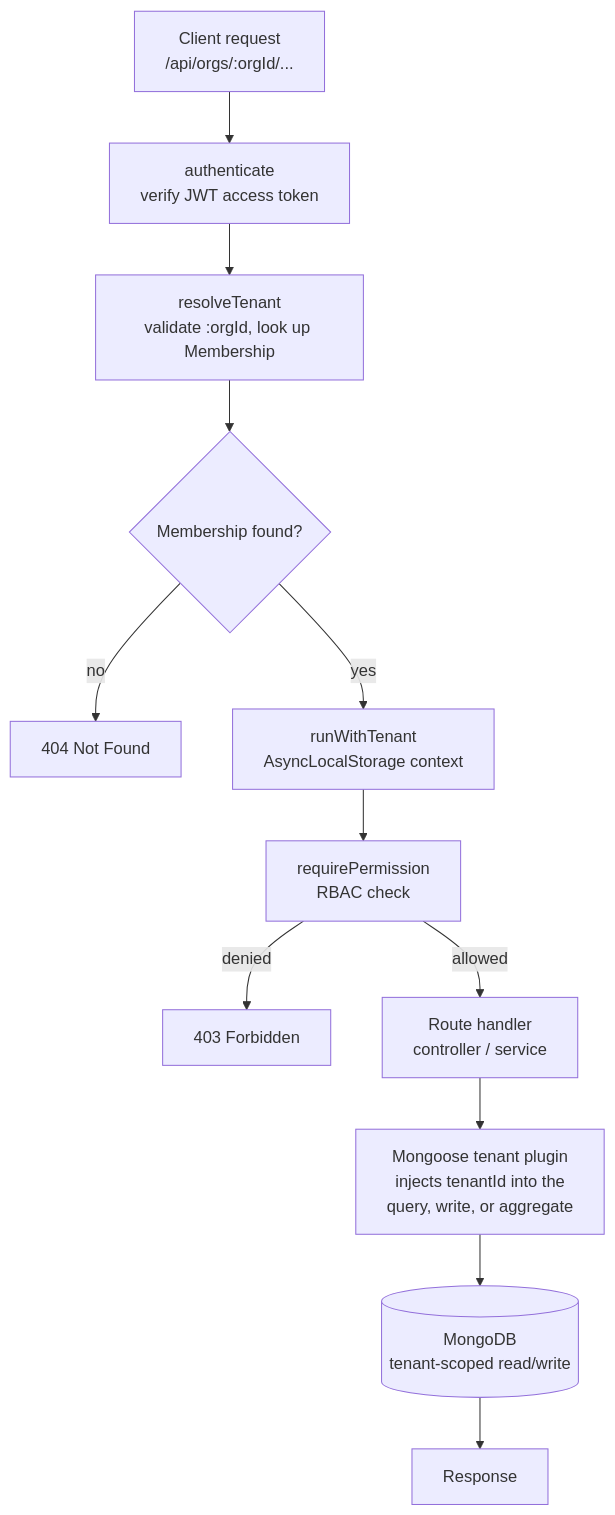
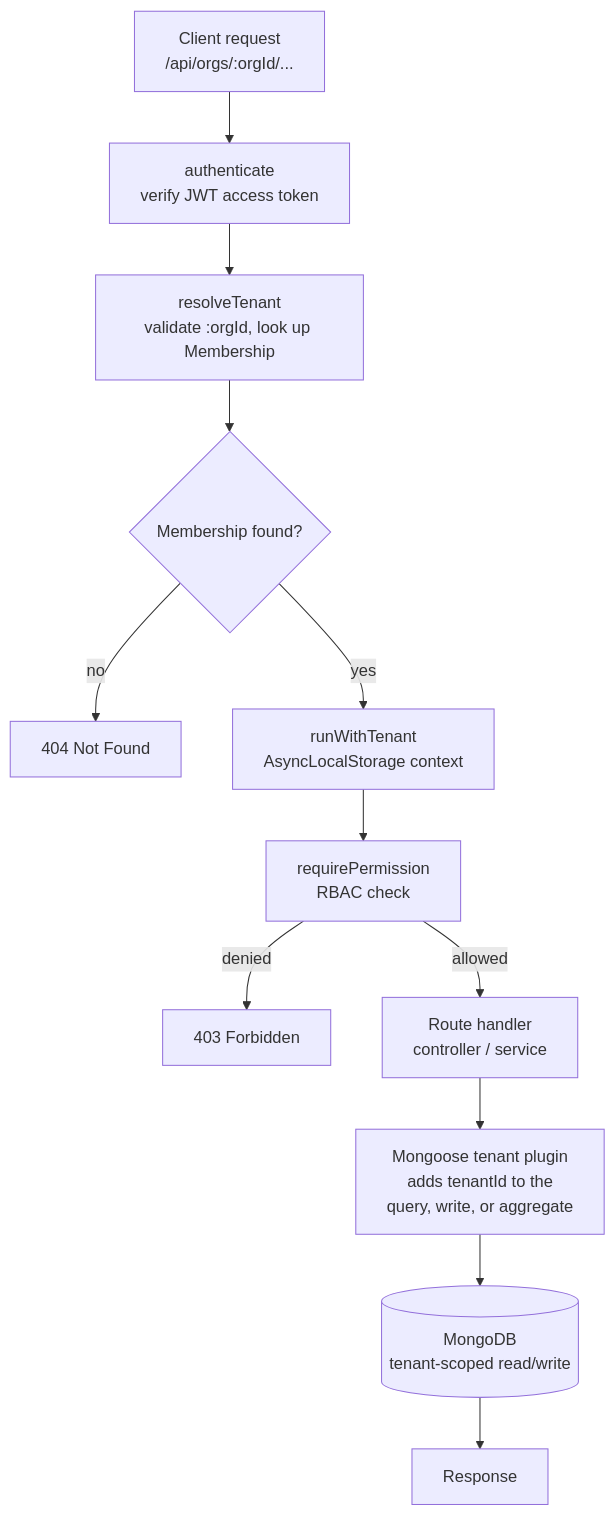
One commit to sprahasingh/WorkNest changed the diagram in README.md. Above: the diagram before and after it, drawn with Mermaid. The commit also changed other lines of this file, not shown here.

````diff
--- a/README.md
+++ b/README.md
@@ -39,14 +40,14 @@
 ```mermaid
 flowchart TD
     A["Client request<br/>/api/orgs/:orgId/..."] --> B["authenticate<br/>verify JWT access token"]
     B --> C["resolveTenant<br/>validate :orgId, look up Membership"]
     C --> D{"Membership found?"}
     D -->|no| E["404 Not Found"]
     D -->|yes| F["runWithTenant<br/>AsyncLocalStorage context"]
     F --> G["requirePermission<br/>RBAC check"]
     G -->|denied| H["403 Forbidden"]
     G -->|allowed| I["Route handler<br/>controller / service"]
-    I --> J["Mongoose tenant plugin<br/>injects tenantId into the<br/>query, write, or aggregate"]
+    I --> J["Mongoose tenant plugin<br/>adds tenantId to the<br/>query, write, or aggregate"]
     J --> K[("MongoDB<br/>tenant-scoped read/write")]
     K --> L["Response"]
 ```
````
